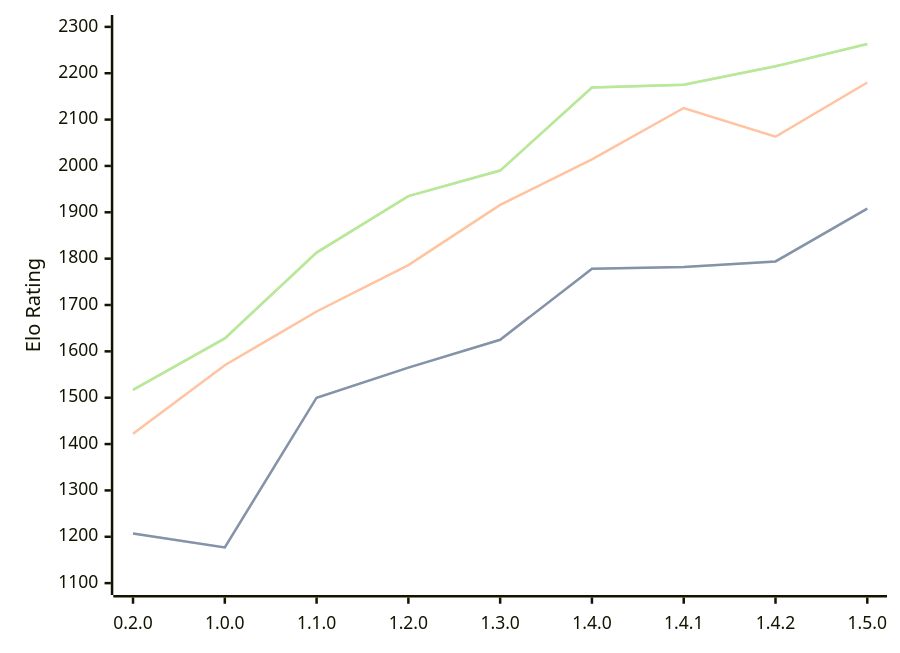
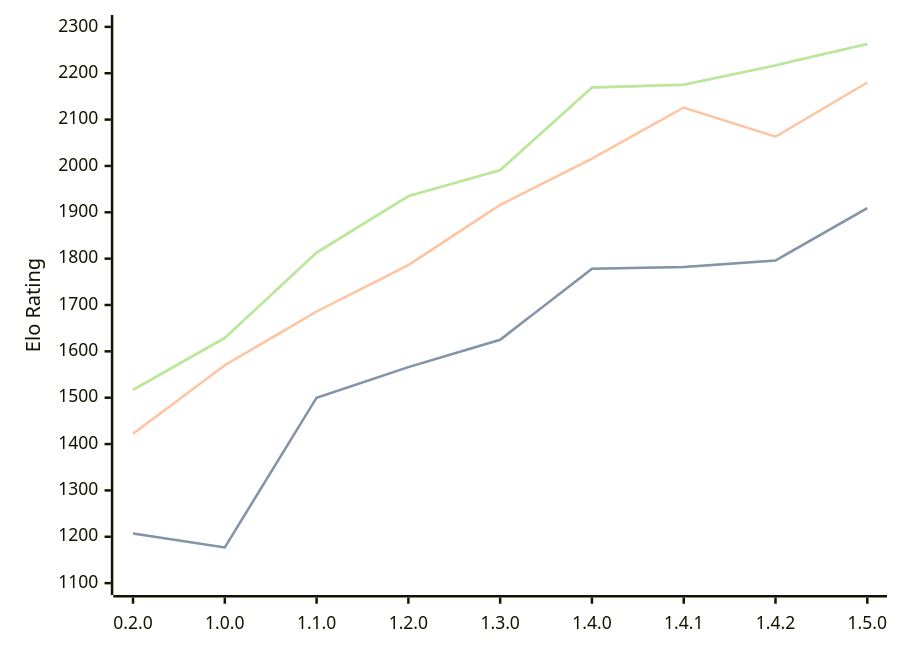
Before and after one commit to computer-chess-index/cci: the diagram in engines/Zeppelin.md, drawn with Mermaid. The commit also changed other lines of this file, not shown here.

Commit message:
Update CCI Ratings (ELO VLTC) - 2026-09-07

````diff
--- a/engines/Zeppelin.md
+++ b/engines/Zeppelin.md
@@ -39,11 +39,11 @@
 ```mermaid
 %%{init: {"theme":"base","themeVariables":{"seriesColors:['#a3a3a3','#222221','#faa371']}}}%%
 xychart-beta
   x-axis ["0.2.0", "1.0.0", "1.1.0", "1.2.0", "1.3.0", "1.4.0", "1.4.1", "1.4.2", "1.5.0"]
   y-axis "Elo Rating" 1100 --> 2300
-  line "" [1207, 1177, 1500, 1565, 1625, 1778, 1782, 1794, 1908]
-  line "STC (8.0+0.08s)" [1207, 1177, 1500, 1565, 1625, 1778, 1782, 1794, 1908]
-  line "LTC (60.0+0.60s)" [1422, 1570, 1686, 1786, 1916, 2014, 2125, 2063, 2180]
-  line "" [1517, 1628, 1813, 1935, 1990, 2169, 2175, 2215, 2263]
-  line "VLTC (2m24s+1.12s)" [1517, 1628, 1813, 1935, 1990, 2169, 2175, 2215, 2263]
+  line "" [1207, 1177, 1500, 1566, 1625, 1778, 1782, 1796, 1909]
+  line "STC (8.0+0.08s)" [1207, 1177, 1500, 1566, 1625, 1778, 1782, 1796, 1909]
+  line "LTC (60.0+0.60s)" [1422, 1570, 1686, 1786, 1916, 2016, 2126, 2063, 2180]
+  line "" [1517, 1629, 1813, 1935, 1991, 2169, 2175, 2217, 2263]
+  line "VLTC (2m24s+1.12s)" [1517, 1629, 1813, 1935, 1991, 2169, 2175, 2217, 2263]
 ```
````
